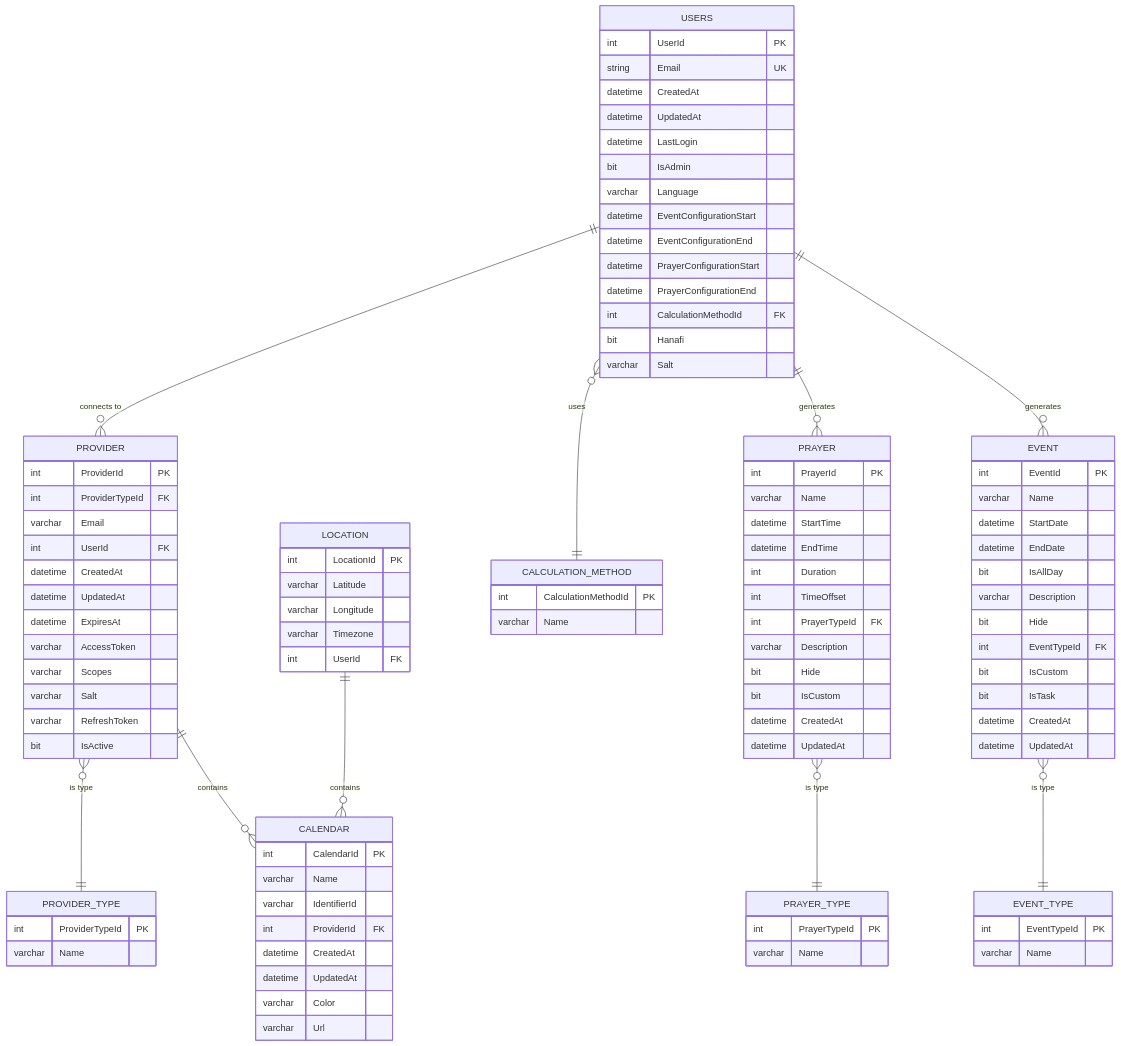
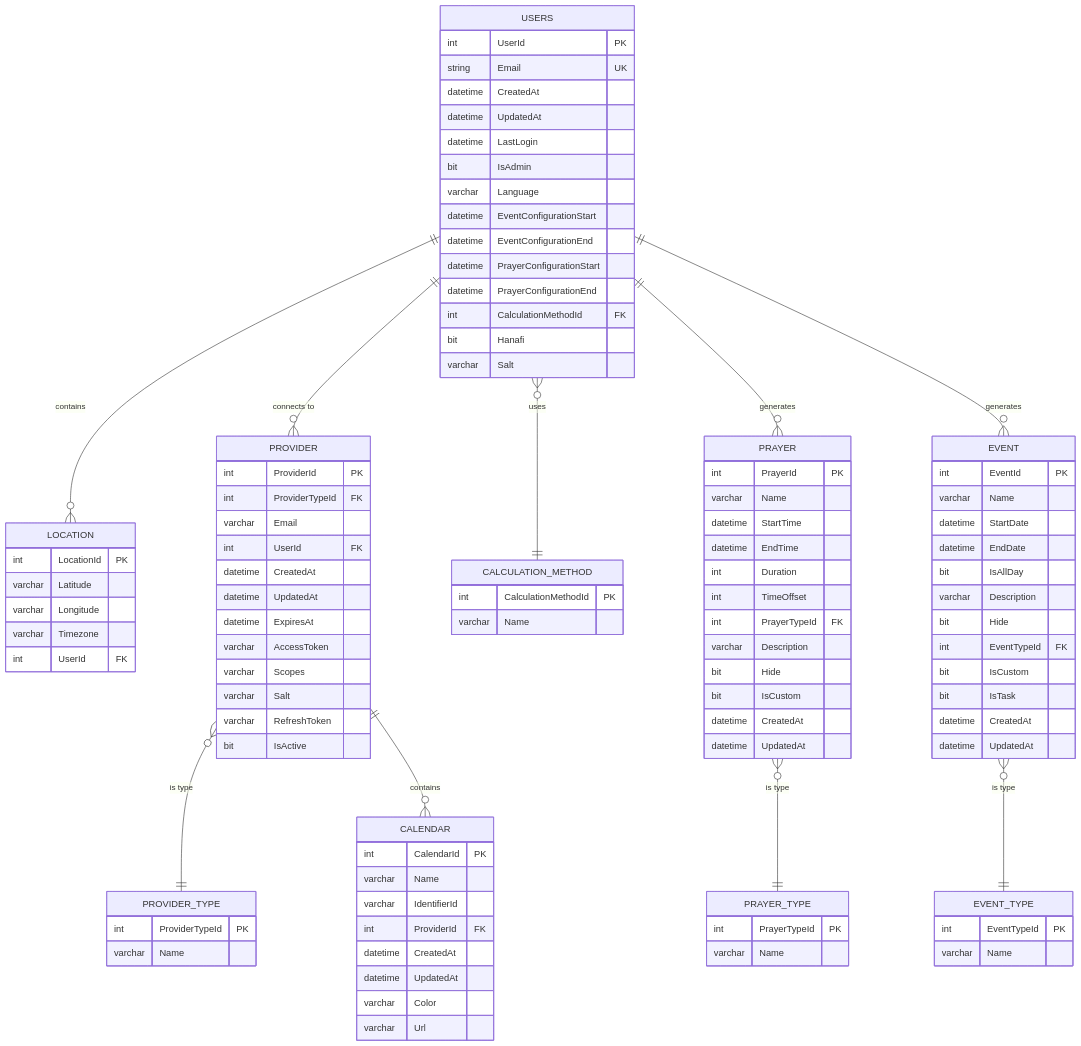
One commit to mdw223/Islamic-Calendar-Sync changed the diagram in _wiki/entity_overview_and_design.md. Above: the diagram before and after it, drawn with Mermaid.

```diff
--- a/_wiki/entity_overview_and_design.md
+++ b/_wiki/entity_overview_and_design.md
@@ -169,7 +169,7 @@
     }
 
     USERS ||--o{ PROVIDER : "connects to"
-    LOCATION ||--o{ CALENDAR : "contains"
+    USERS ||--o{ LOCATION : "contains"
     PROVIDER }o--|| PROVIDER_TYPE : "is type"
     PROVIDER ||--o{ CALENDAR : "contains"
     USERS }o--|| CALCULATION_METHOD : "uses"
```
